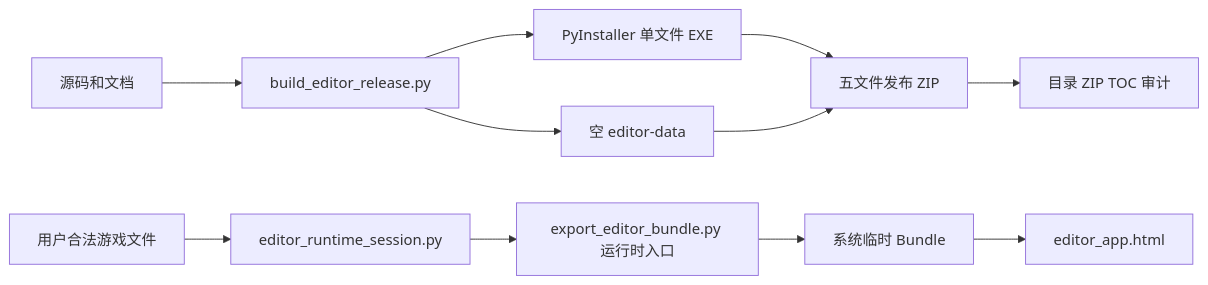
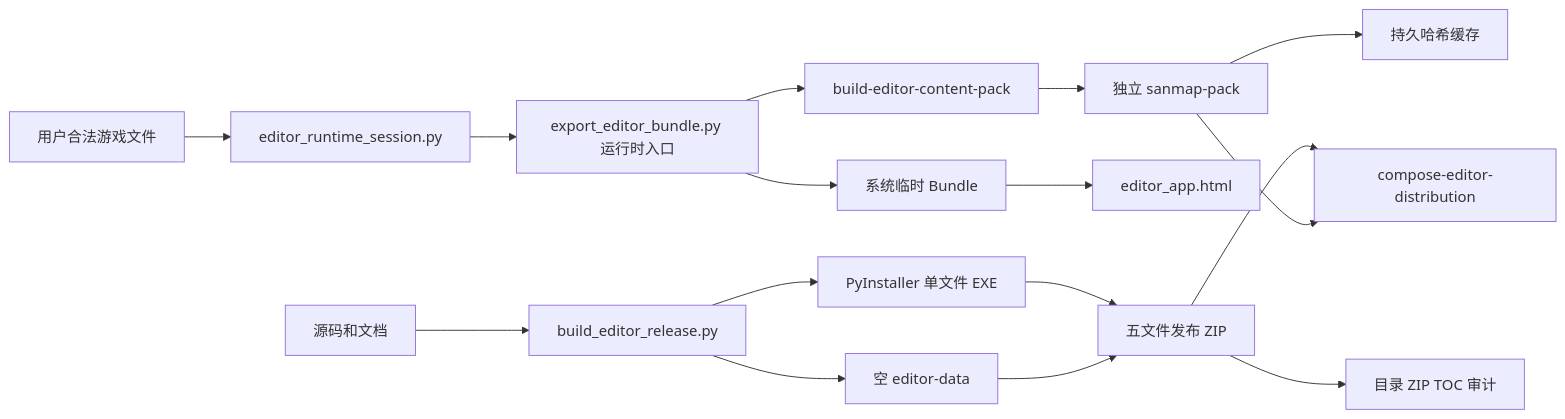
One commit to mzhinf/SanMapEditor changed the diagram in docs/EDITOR_PACKAGING_CHAIN.zh.md. Above: the diagram before and after it, drawn with Mermaid. The commit also changed other lines of this file and 19 other files, not shown here.

````diff
--- a/docs/EDITOR_PACKAGING_CHAIN.zh.md
+++ b/docs/EDITOR_PACKAGING_CHAIN.zh.md
@@ -7,13 +7,18 @@
 ```mermaid
 flowchart LR
   A[源码和文档] --> B[build_editor_release.py]
   B --> C[PyInstaller 单文件 EXE]
   B --> D[空 editor-data]
   C --> E[五文件发布 ZIP]
   D --> E
   E --> F[目录 ZIP TOC 审计]
   G[用户合法游戏文件] --> H[editor_runtime_session.py]
   H --> I[export_editor_bundle.py 运行时入口]
   I --> J[系统临时 Bundle]
   J --> K[editor_app.html]
+  I --> L[build-editor-content-pack]
+  L --> M[独立 sanmap-pack]
+  M --> N[持久哈希缓存]
+  E --> O[compose-editor-distribution]
+  M --> O
 ```
````
